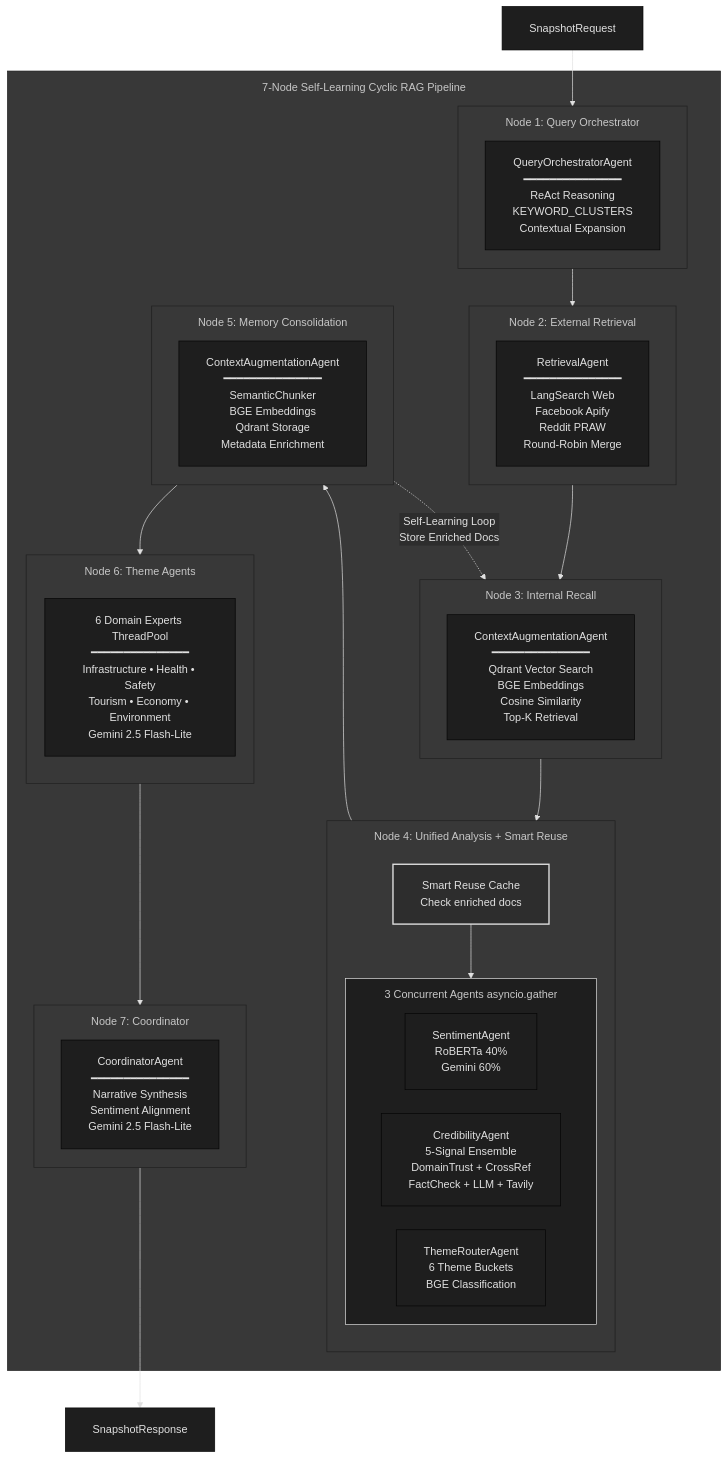
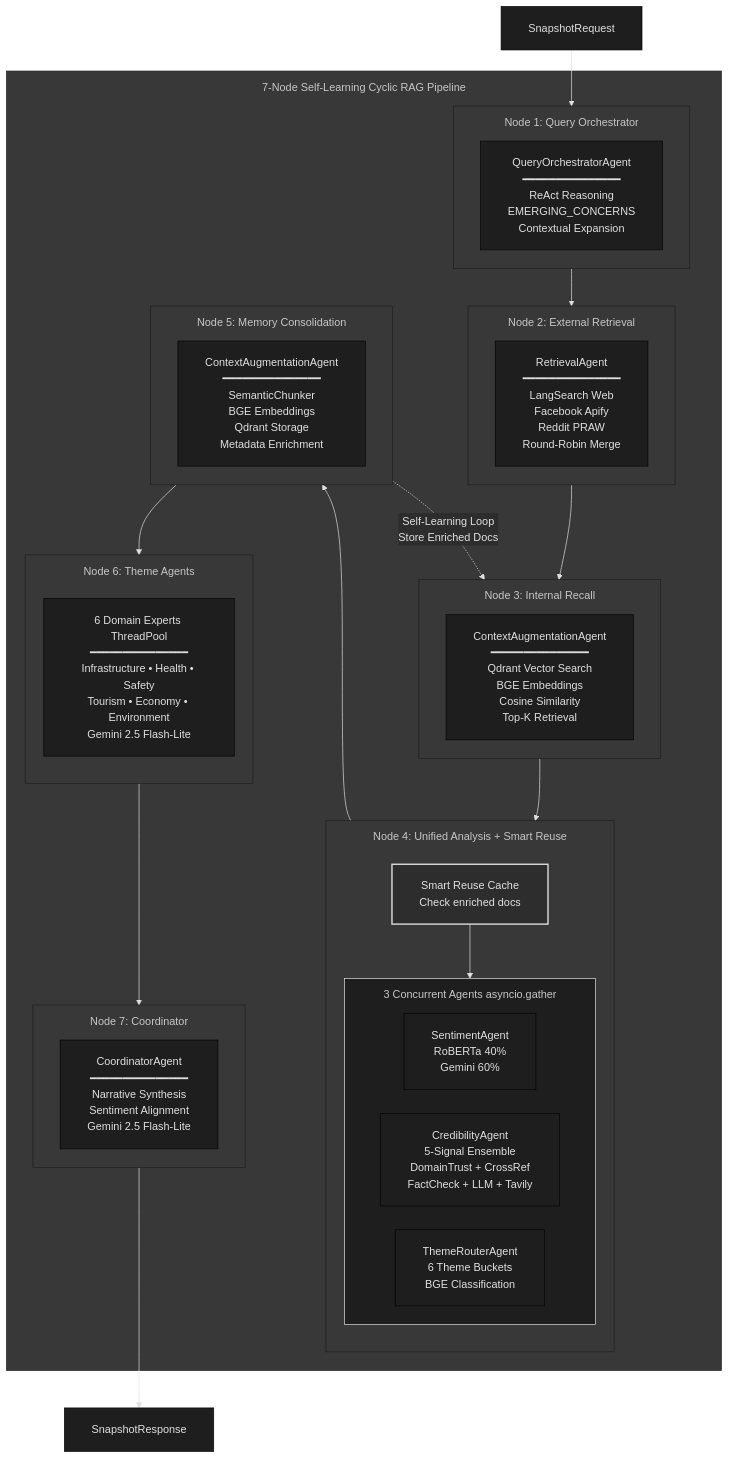
One commit to donyelqt/Hinaing changed the second of 10 diagrams in docs/ARCHITECTURE.md. Above: the diagram before and after it, drawn with Mermaid. The commit also changed other lines of this file and 3 other files, not shown here.

First line of the commit message:
docs: rename KEYWORD_CLUSTERS to EMERGING_CONCERNS in architecture docs

````diff
--- a/docs/ARCHITECTURE.md
+++ b/docs/ARCHITECTURE.md
@@ -311,76 +311,76 @@
 ```mermaid
 %%{init: {'theme': 'base', 'themeVariables': { 
   'primaryColor': '#1e1e1e',
   'primaryTextColor': '#e0e0e0',
   'secondaryColor': '#2d2d2d',
   'tertiaryColor': '#383838',
   'primaryFontSize': '16px',
   'secondaryFontSize': '13px',
   'tertiaryFontSize': '11px',
   'lineColor': '#e0e0e0'
  }, 'flowchart': {
   'subGraphTitleMargin': { 'top': 12, 'bottom': 12 },
   'padding': 20,
   'nodeSpacing': 35,
   'rankSpacing': 55
  }}}%%
 flowchart TB
     subgraph Pipeline["7-Node Self-Learning Cyclic RAG Pipeline"]
         
         subgraph Node1["Node 1: Query Orchestrator"]
-            QO[QueryOrchestratorAgent<br/>━━━━━━━━━━━━━━━<br/>ReAct Reasoning<br/>KEYWORD_CLUSTERS<br/>Contextual Expansion]
+            QO[QueryOrchestratorAgent<br/>━━━━━━━━━━━━━━━<br/>ReAct Reasoning<br/>EMERGING_CONCERNS<br/>Contextual Expansion]
         end
 
         subgraph Node2["Node 2: External Retrieval"]
             RA[RetrievalAgent<br/>━━━━━━━━━━━━━━━<br/>LangSearch Web<br/>Facebook Apify<br/>Reddit PRAW<br/>Round-Robin Merge]
         end
 
         subgraph Node3["Node 3: Internal Recall"]
             CTX[ContextAugmentationAgent<br/>━━━━━━━━━━━━━━━<br/>Qdrant Vector Search<br/>BGE Embeddings<br/>Cosine Similarity<br/>Top-K Retrieval]
         end
 
         subgraph Node4["Node 4: Unified Analysis + Smart Reuse"]
             direction TB
             Cache[Smart Reuse Cache<br/>Check enriched docs]
             
             subgraph Parallel["3 Concurrent Agents asyncio.gather"]
                 SA[SentimentAgent<br/>RoBERTa 40%<br/>Gemini 60%]
                 CA[CredibilityAgent<br/>5-Signal Ensemble<br/>DomainTrust + CrossRef<br/>FactCheck + LLM + Tavily]
                 TR[ThemeRouterAgent<br/>6 Theme Buckets<br/>BGE Classification]
             end
             
             Cache --> Parallel
         end
 
         subgraph Node5["Node 5: Memory Consolidation"]
             CTX2[ContextAugmentationAgent<br/>━━━━━━━━━━━━━━━<br/>SemanticChunker<br/>BGE Embeddings<br/>Qdrant Storage<br/>Metadata Enrichment]
         end
 
         subgraph Node6["Node 6: Theme Agents"]
             direction TB
             TA[6 Domain Experts ThreadPool<br/>━━━━━━━━━━━━━━━<br/>Infrastructure • Health • Safety<br/>Tourism • Economy • Environment<br/>Gemini 2.5 Flash-Lite]
         end
 
         subgraph Node7["Node 7: Coordinator"]
             COORD[CoordinatorAgent<br/>━━━━━━━━━━━━━━━<br/>Narrative Synthesis<br/>Sentiment Alignment<br/>Gemini 2.5 Flash-Lite]
         end
 
         %% Linear Flow
         Node1 --> Node2
         Node2 --> Node3
         Node3 --> Node4
         Node4 --> Node5
         Node5 --> Node6
         Node6 --> Node7
         
         %% Self-Learning Loop
         Node5 -.->|Self-Learning Loop<br/>Store Enriched Docs| Node3
     end
 
     %% External I/O
     Request[SnapshotRequest] --> Node1
     Node7 --> Response[SnapshotResponse]
 
     style Cache fill:#2d2d2d,stroke:#e0e0e0,stroke-width:2px
     style Parallel fill:#1e1e1e,stroke:#e0e0e0,stroke-width:1px
 ```
````
